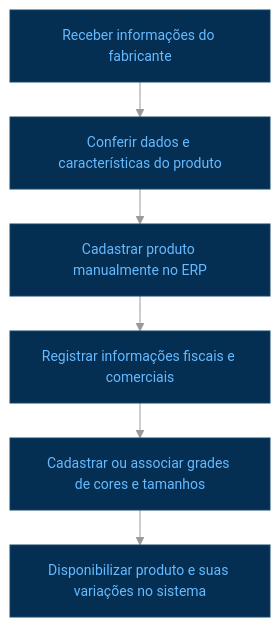
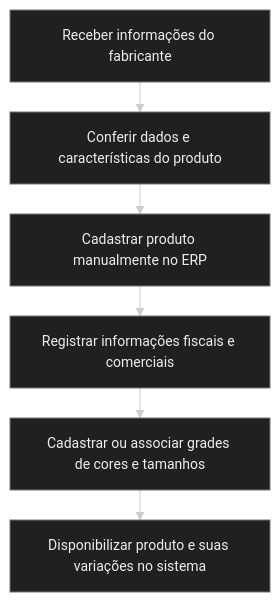
Before and after one commit to SamanthaPaula/Modelagem_BD_Ansarah: the first of 16 diagrams in README.md, drawn with Mermaid. The commit also changed other lines of this file, not shown here.

````diff
--- a/README.md
+++ b/README.md
@@ -102,11 +102,11 @@
 ```mermaid
-%%{init: {"flowchart": {"htmlLabels": true, "useMaxWidth": false, "nodeSpacing": 35, "rankSpacing": 35}, "theme": "base", "themeVariables": {"background": "#0d1117", "primaryColor": "#052f52", "primaryTextColor": "#66baff", "primaryBorderColor": "#12466b", "lineColor": "#999999", "fontFamily": "Arial", "fontSize": "14px"}}}%%
+%%{init: {"theme": "base", "themeVariables": {"background": "#0d1117", "primaryColor": "#202020", "primaryTextColor": "#eeeeee", "primaryBorderColor": "#777777", "lineColor": "#cccccc", "fontFamily": "Arial", "fontSize": "14px"}, "flowchart": {"useMaxWidth": true, "nodeSpacing": 35, "rankSpacing": 30, "htmlLabels": true}}}%%
 flowchart TD
     A["Receber informações do fabricante"] --> B["Conferir dados e características do produto"]
     B --> C["Cadastrar produto manualmente no ERP"]
     C --> D["Registrar informações fiscais e comerciais"]
     D --> E["Cadastrar ou associar grades de cores e tamanhos"]
     E --> F["Disponibilizar produto e suas variações no sistema"]
 
 
 ```
````
